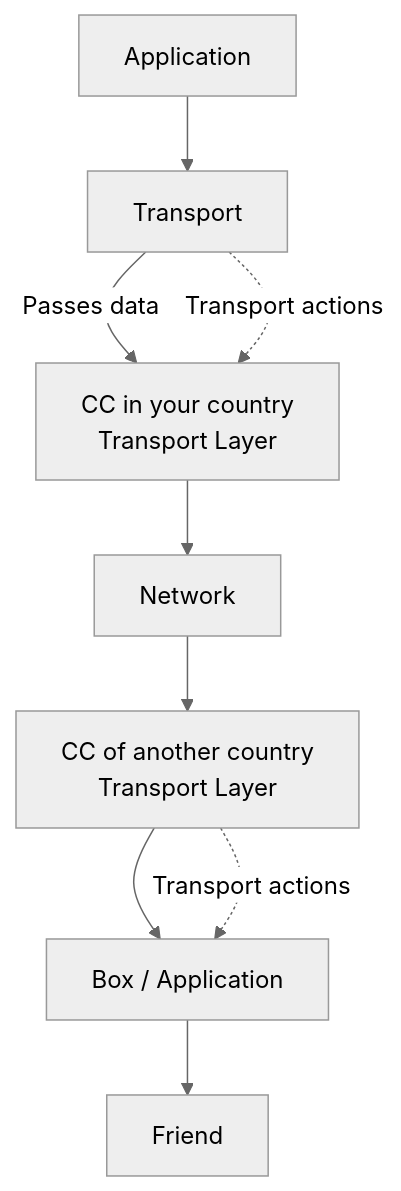
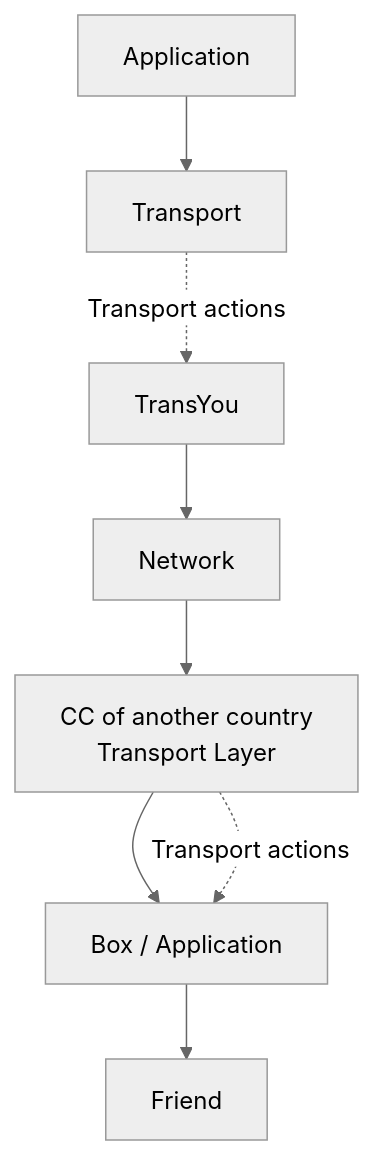
One commit to aswath0001/Internet-Networking changed the third of 3 diagrams in 5.md. Above: the diagram before and after it, drawn with Mermaid (neutral theme).

````diff
--- a/5.md
+++ b/5.md
@@ -33,17 +33,17 @@
 ```mermaid
 graph TD
    
     %% Detailed Process Flow
     SubYou["Application"] --> Box1[Transport]
-    Box1 -->|Passes data| TransYou[CC in your country <br/> Transport Layer]
+    
     
     TransYou --> Network[Network]
 
     Network --> TransFriend[CC of another country <br/> Transport Layer]
     TransFriend --> Box2[Box / Application]
     Box2 --> Friend2[Friend]
 
     %% Styling connections
     Box1 -.->|Transport actions| TransYou
     TransFriend -.->|Transport actions| Box2
 ```
````
